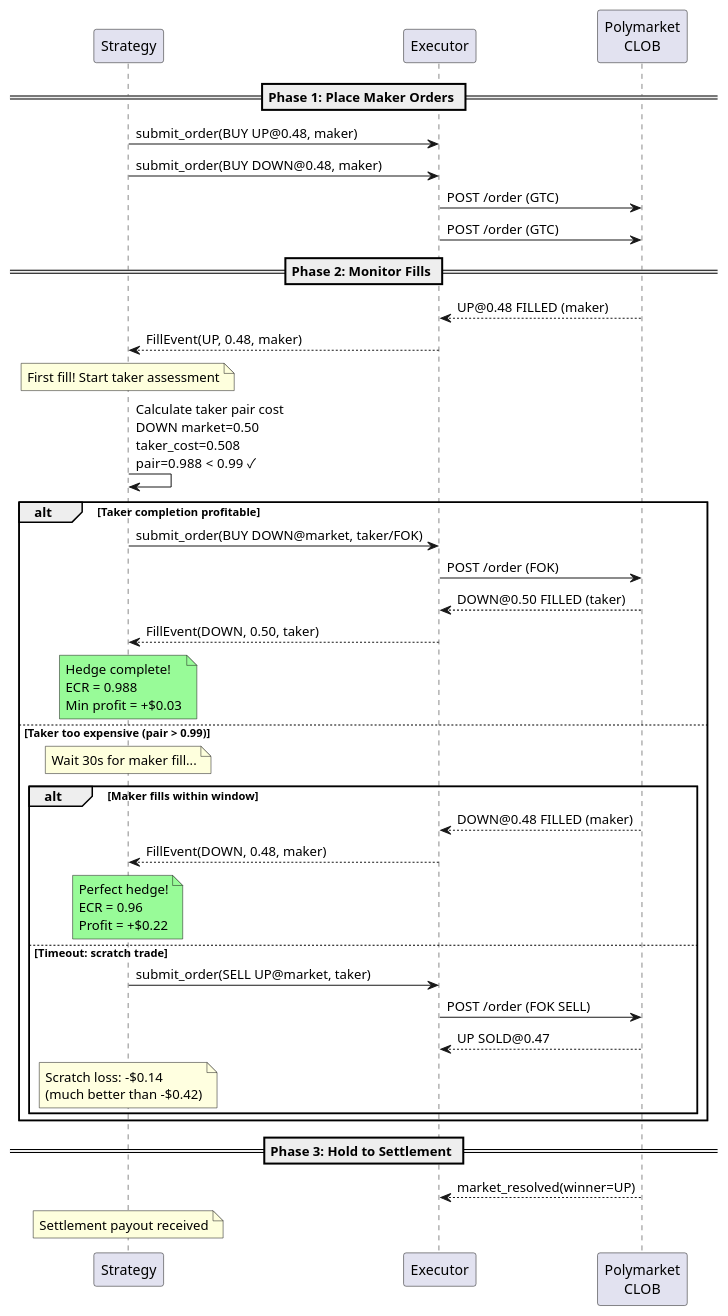
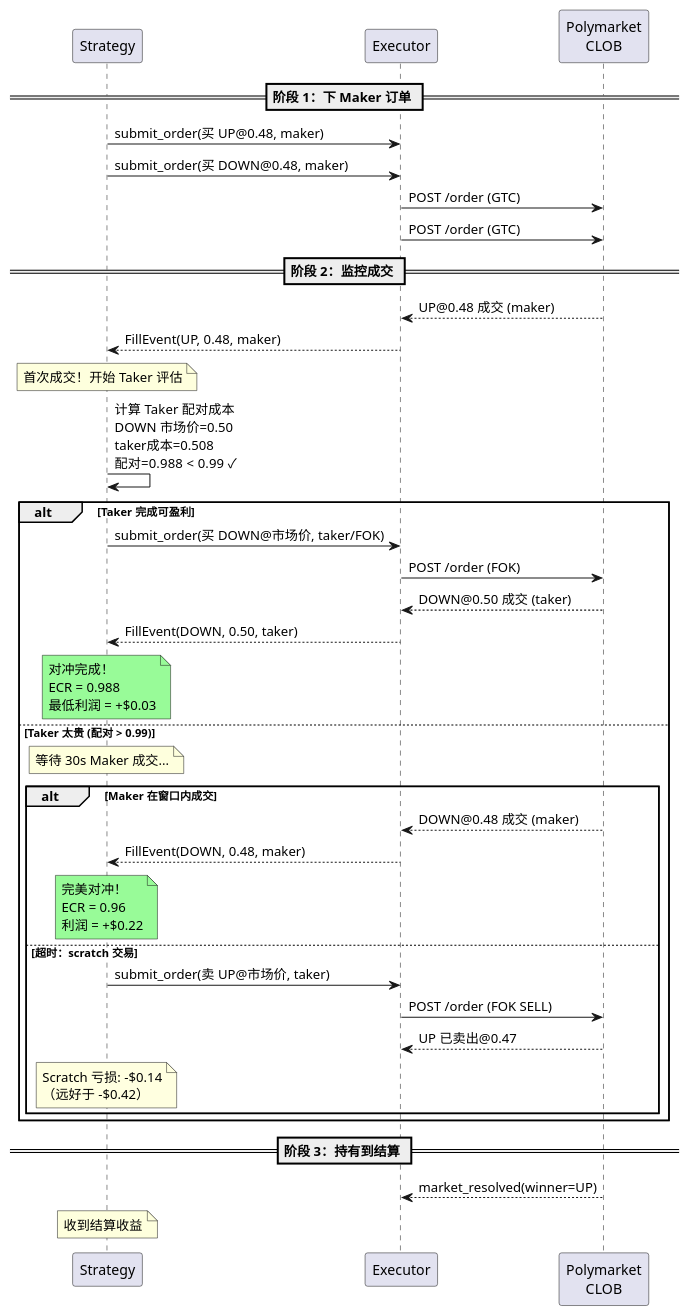
One commit to jsyqrt/polymoney changed the eighth of 10 diagrams in docs/strategy-first-principles.md. Above: the diagram before and after it, drawn with PlantUML. The commit also changed other lines of this file, not shown here.

````diff
--- a/docs/strategy-first-principles.md
+++ b/docs/strategy-first-principles.md
@@ -722,51 +722,51 @@
 ```plantuml
 @startuml taker_hybrid_sequence
 skinparam sequenceFontSize 11
 
 participant Strategy as S
 participant Executor as E
 participant "Polymarket\nCLOB" as PM
 
-== Phase 1: Place Maker Orders ==
-S -> E: submit_order(BUY UP@0.48, maker)
-S -> E: submit_order(BUY DOWN@0.48, maker)
+== 阶段 1：下 Maker 订单 ==
+S -> E: submit_order(买 UP@0.48, maker)
+S -> E: submit_order(买 DOWN@0.48, maker)
 E -> PM: POST /order (GTC)
 E -> PM: POST /order (GTC)
 
-== Phase 2: Monitor Fills ==
-PM --> E: UP@0.48 FILLED (maker)
+== 阶段 2：监控成交 ==
+PM --> E: UP@0.48 成交 (maker)
 E --> S: FillEvent(UP, 0.48, maker)
 
-note over S: First fill! Start taker assessment
+note over S: 首次成交！开始 Taker 评估
 
-S -> S: Calculate taker pair cost\nDOWN market=0.50\ntaker_cost=0.508\npair=0.988 < 0.99 ✓
+S -> S: 计算 Taker 配对成本\nDOWN 市场价=0.50\ntaker成本=0.508\n配对=0.988 < 0.99 ✓
 
-alt Taker completion profitable
-  S -> E: submit_order(BUY DOWN@market, taker/FOK)
+alt Taker 完成可盈利
+  S -> E: submit_order(买 DOWN@市场价, taker/FOK)
   E -> PM: POST /order (FOK)
-  PM --> E: DOWN@0.50 FILLED (taker)
+  PM --> E: DOWN@0.50 成交 (taker)
   E --> S: FillEvent(DOWN, 0.50, taker)
-  note over S #palegreen: Hedge complete!\nECR = 0.988\nMin profit = +$0.03
+  note over S #palegreen: 对冲完成！\nECR = 0.988\n最低利润 = +$0.03
   
-else Taker too expensive (pair > 0.99)
-  note over S: Wait 30s for maker fill...
+else Taker 太贵 (配对 > 0.99)
+  note over S: 等待 30s Maker 成交...
   
-  alt Maker fills within window
-    PM --> E: DOWN@0.48 FILLED (maker)
+  alt Maker 在窗口内成交
+    PM --> E: DOWN@0.48 成交 (maker)
     E --> S: FillEvent(DOWN, 0.48, maker)
-    note over S #palegreen: Perfect hedge!\nECR = 0.96\nProfit = +$0.22
+    note over S #palegreen: 完美对冲！\nECR = 0.96\n利润 = +$0.22
     
-  else Timeout: scratch trade
-    S -> E: submit_order(SELL UP@market, taker)
+  else 超时：scratch 交易
+    S -> E: submit_order(卖 UP@市场价, taker)
     E -> PM: POST /order (FOK SELL)
-    PM --> E: UP SOLD@0.47
-    note over S #lightyellow: Scratch loss: -$0.14\n(much better than -$0.42)
+    PM --> E: UP 已卖出@0.47
+    note over S #lightyellow: Scratch 亏损: -$0.14\n（远好于 -$0.42）
   end
 end
 
-== Phase 3: Hold to Settlement ==
+== 阶段 3：持有到结算 ==
 PM --> E: market_resolved(winner=UP)
-note over S: Settlement payout received
+note over S: 收到结算收益
 
 @enduml
 ```
````
